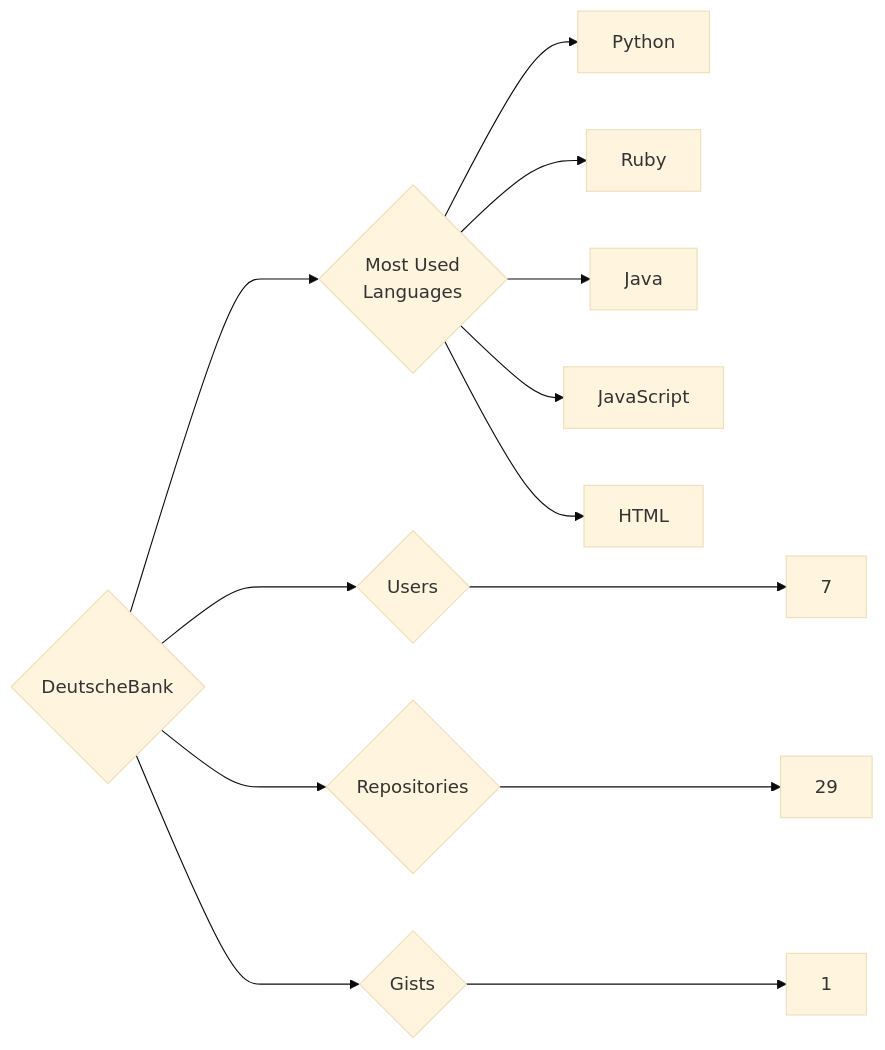
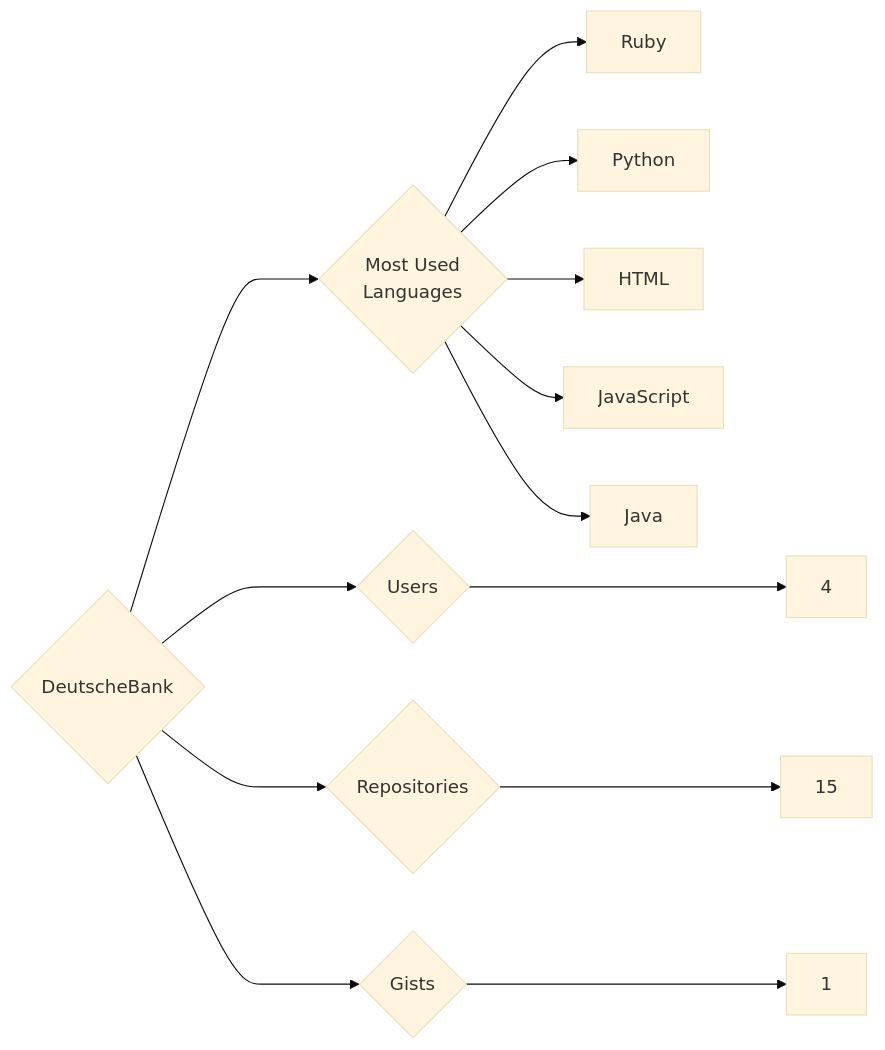
One commit to trickest/insiders changed the diagram in targets/DeutscheBank/README.md. Above: the diagram before and after it, drawn with Mermaid (base theme). The commit also changed 1170 other files, not shown here.

````diff
--- a/targets/DeutscheBank/README.md
+++ b/targets/DeutscheBank/README.md
@@ -3,13 +3,13 @@
 ```mermaid
 graph LR
 COMPANY_NAME{DeutscheBank}
-COMPANY_NAME ---> U{Users} ---> UN[7]
-COMPANY_NAME ---> R{Repositories} ---> RN[29]
+COMPANY_NAME ---> U{Users} ---> UN[4]
+COMPANY_NAME ---> R{Repositories} ---> RN[15]
 COMPANY_NAME ---> G{Gists} ---> GN[1]
 COMPANY_NAME ---> ML{Most Used<br>Languages}
+ML --> Ruby[Ruby]
 ML --> Python[Python]
-ML --> Ruby[Ruby]
+ML --> HTML[HTML]
+ML --> JavaScript[JavaScript]
 ML --> Java[Java]
-ML --> JavaScript[JavaScript]
-ML --> HTML[HTML]
 ```
````
